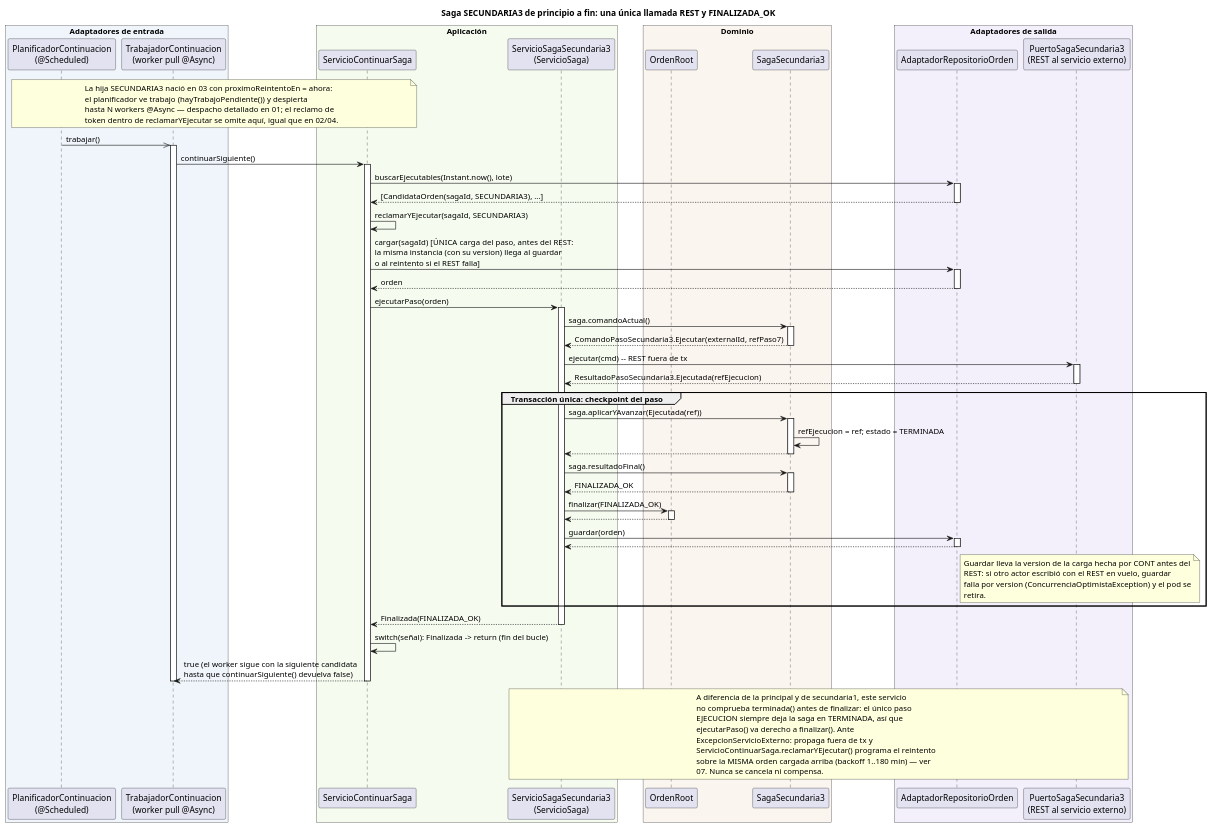
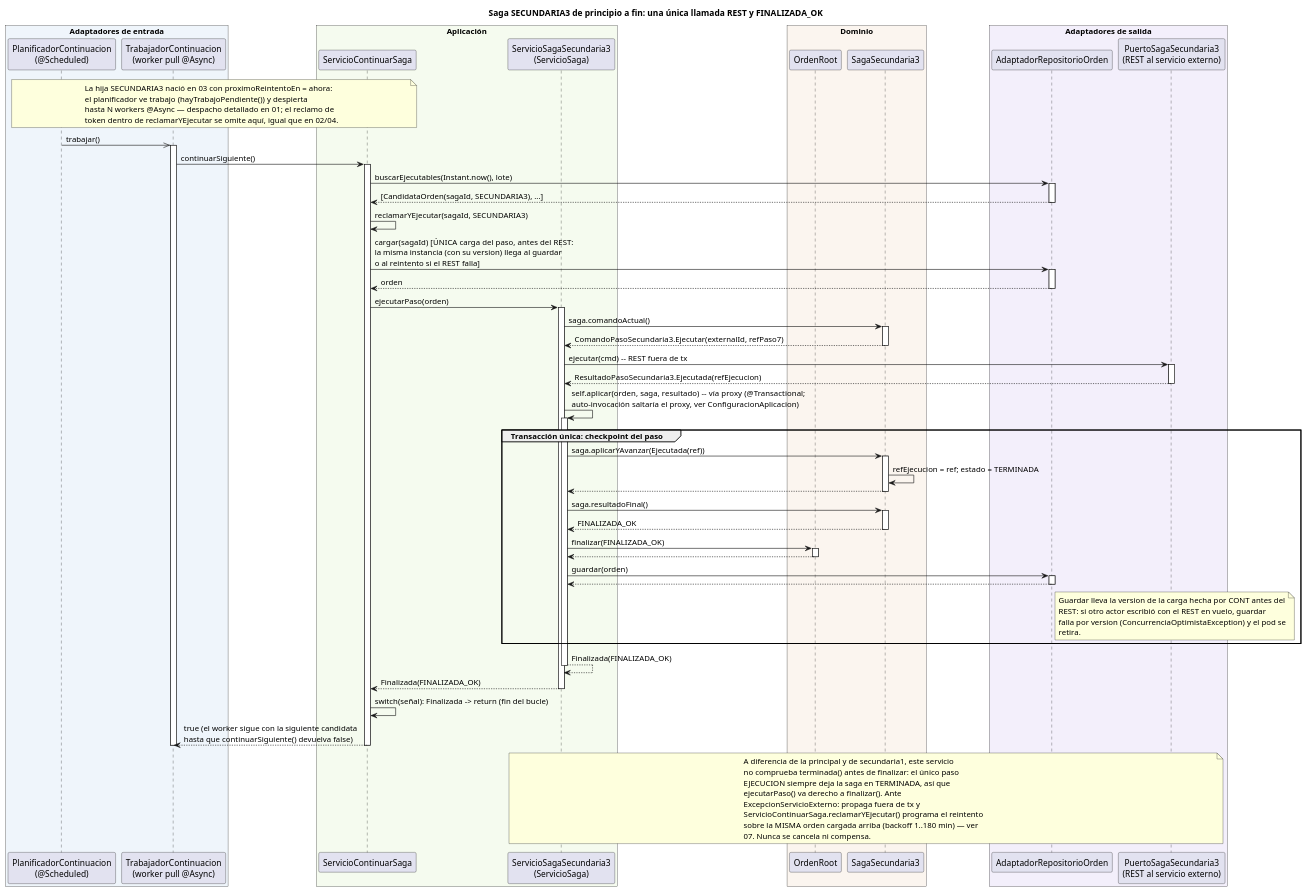
One commit to ralcazar/patrones changed the diagram in order-manager/docs/06-saga-secundaria3.puml. Above: the diagram before and after it, drawn with PlantUML. The commit also changed 61 other files, not shown here.

```diff
--- a/order-manager/docs/06-saga-secundaria3.puml
+++ b/order-manager/docs/06-saga-secundaria3.puml
@@ -1,73 +1,75 @@
 @startuml 06-saga-secundaria3
 title Saga SECUNDARIA3 de principio a fin: una única llamada REST y FINALIZADA_OK
 
 box "Adaptadores de entrada" #EFF5FB
   participant "PlanificadorContinuacion\n(@Scheduled)" as PLAN
   participant "TrabajadorContinuacion\n(worker pull @Async)" as TRAB
 end box
 box "Aplicación" #F5FBEF
   participant "ServicioContinuarSaga" as CONT
   participant "ServicioSagaSecundaria3\n(ServicioSaga)" as ORQ
 end box
 box "Dominio" #FBF5EF
   participant "OrdenRoot" as ORDEN
   participant "SagaSecundaria3" as SAGA
 end box
 box "Adaptadores de salida" #F3EFFB
   participant "AdaptadorRepositorioOrden" as REPO
   participant "PuertoSagaSecundaria3\n(REST al servicio externo)" as PSIM
 end box
 
 note over PLAN, CONT
   La hija SECUNDARIA3 nació en 03 con proximoReintentoEn = ahora:
   el planificador ve trabajo (hayTrabajoPendiente()) y despierta
   hasta N workers @Async — despacho detallado en 01; el reclamo de
   token dentro de reclamarYEjecutar se omite aquí, igual que en 02/04.
 end note
 
 PLAN ->> TRAB : trabajar()
 activate TRAB
 TRAB -> CONT ++ : continuarSiguiente()
 CONT -> REPO ++ : buscarEjecutables(Instant.now(), lote)
 return [CandidataOrden(sagaId, SECUNDARIA3), ...]
 CONT -> CONT : reclamarYEjecutar(sagaId, SECUNDARIA3)
 CONT -> REPO ++ : cargar(sagaId)  [ÚNICA carga del paso, antes del REST:\nla misma instancia (con su version) llega al guardar\no al reintento si el REST falla]
 return orden
 CONT -> ORQ ++ : ejecutarPaso(orden)
 ORQ -> SAGA ++ : saga.comandoActual()
 return ComandoPasoSecundaria3.Ejecutar(externalId, refPaso7)
 ORQ -> PSIM ++ : ejecutar(cmd) -- REST fuera de tx
 return ResultadoPasoSecundaria3.Ejecutada(refEjecucion)
+ORQ -> ORQ ++ : self.aplicar(orden, saga, resultado)  -- vía proxy (@Transactional;\nauto-invocación saltaría el proxy, ver ConfiguracionAplicacion)
 group Transacción única: checkpoint del paso
   ORQ -> SAGA ++ : saga.aplicarYAvanzar(Ejecutada(ref))
   SAGA -> SAGA : refEjecucion = ref; estado = TERMINADA
   return
   ORQ -> SAGA ++ : saga.resultadoFinal()
   return FINALIZADA_OK
   ORQ -> ORDEN ++ : finalizar(FINALIZADA_OK)
   return
   ORQ -> REPO ++ : guardar(orden)
   return
   note right of REPO
     Guardar lleva la version de la carga hecha por CONT antes del
     REST: si otro actor escribió con el REST en vuelo, guardar
     falla por version (ConcurrenciaOptimistaException) y el pod se
     retira.
   end note
 end
 return Finalizada(FINALIZADA_OK)
+return Finalizada(FINALIZADA_OK)
 CONT -> CONT : switch(señal): Finalizada -> return (fin del bucle)
 return true (el worker sigue con la siguiente candidata\nhasta que continuarSiguiente() devuelva false)
 deactivate TRAB
 
 note over ORQ, PSIM
   A diferencia de la principal y de secundaria1, este servicio
   no comprueba terminada() antes de finalizar: el único paso
   EJECUCION siempre deja la saga en TERMINADA, así que
   ejecutarPaso() va derecho a finalizar(). Ante
   ExcepcionServicioExterno: propaga fuera de tx y
   ServicioContinuarSaga.reclamarYEjecutar() programa el reintento
   sobre la MISMA orden cargada arriba (backoff 1..180 min) — ver
   07. Nunca se cancela ni compensa.
 end note
 @enduml
```
